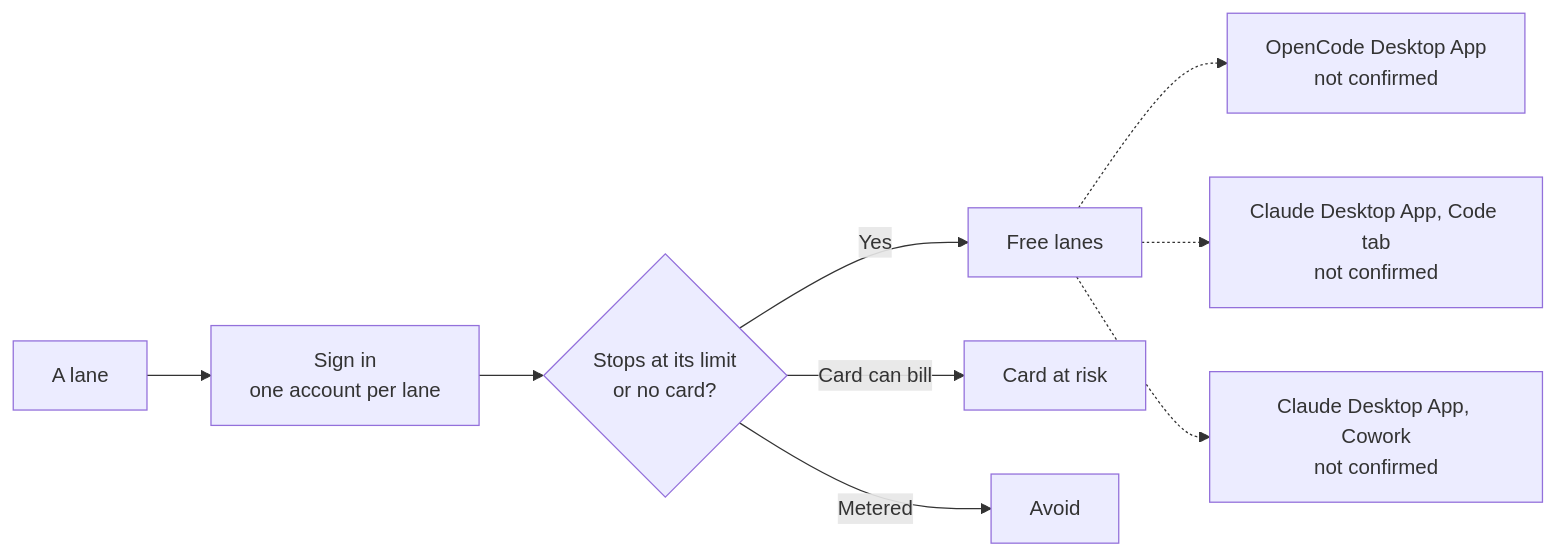
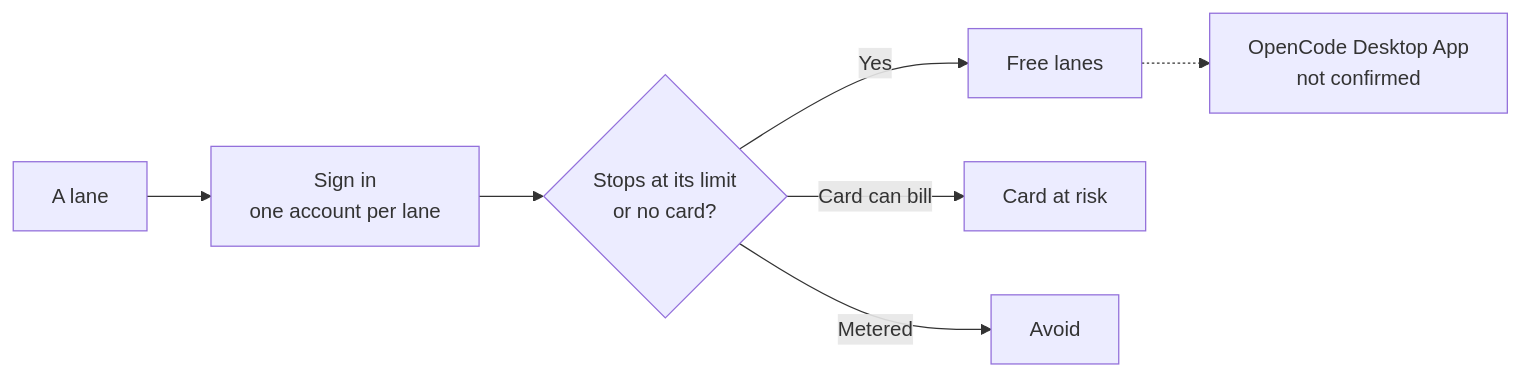
The diagram in guides/training.md (SoulCraft-Org/compute-crafter), drawn with Mermaid before and after one commit. The commit also changed other lines of this file and 63 other files, not shown here.

````diff
--- a/guides/training.md
+++ b/guides/training.md
@@ -5,10 +5,8 @@
 ```mermaid
 flowchart LR
   L[A lane] --> S[Sign in<br/>one account per lane] --> Q{Stops at its limit<br/>or no card?}
   Q -->|Yes| F[Free lanes]
   Q -->|Card can bill| R[Card at risk]
   Q -->|Metered| A[Avoid]
   F -.-> O[OpenCode Desktop App<br/>not confirmed]
-  F -.-> C[Claude Desktop App, Code tab<br/>not confirmed]
-  F -.-> W[Claude Desktop App, Cowork<br/>not confirmed]
 ```
````
